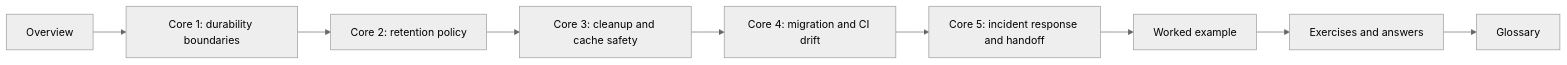
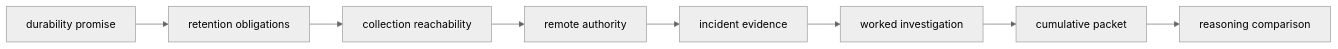
Before and after one commit to bijux/bijux-masterclass: the third of 3 diagrams in programs/reproducible-research/deep-dive-dvc/course-book/module-08-recovery-scale-incident-survival/index.md, drawn with Mermaid (neutral theme). The commit also changed other lines of this file, not shown here.

````diff
--- a/programs/reproducible-research/deep-dive-dvc/course-book/module-08-recovery-scale-incident-survival/index.md
+++ b/programs/reproducible-research/deep-dive-dvc/course-book/module-08-recovery-scale-incident-survival/index.md
@@ -74,11 +132,14 @@
 ```mermaid
 flowchart LR
-  overview["Overview"] --> core1["Core 1: durability boundaries"]
-  core1 --> core2["Core 2: retention policy"]
-  core2 --> core3["Core 3: cleanup and cache safety"]
-  core3 --> core4["Core 4: migration and CI drift"]
-  core4 --> core5["Core 5: incident response and handoff"]
-  core5 --> example["Worked example"]
-  example --> practice["Exercises and answers"]
-  practice --> glossary["Glossary"]
+  promise["durability promise"]
+  value["retention obligations"]
+  reachability["collection reachability"]
+  authority["remote authority"]
+  incident["incident evidence"]
+  investigation["worked investigation"]
+  practice["cumulative packet"]
+  answers["reasoning comparison"]
+
+  promise --> value --> reachability --> authority
+  authority --> incident --> investigation --> practice --> answers
 ```
````
